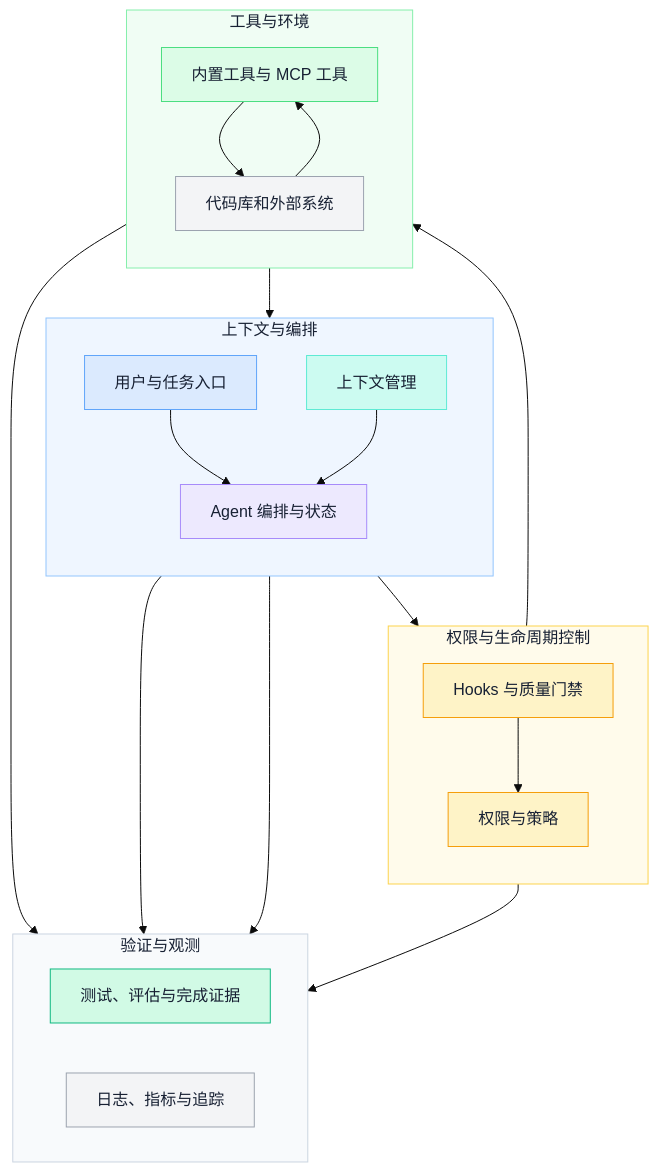
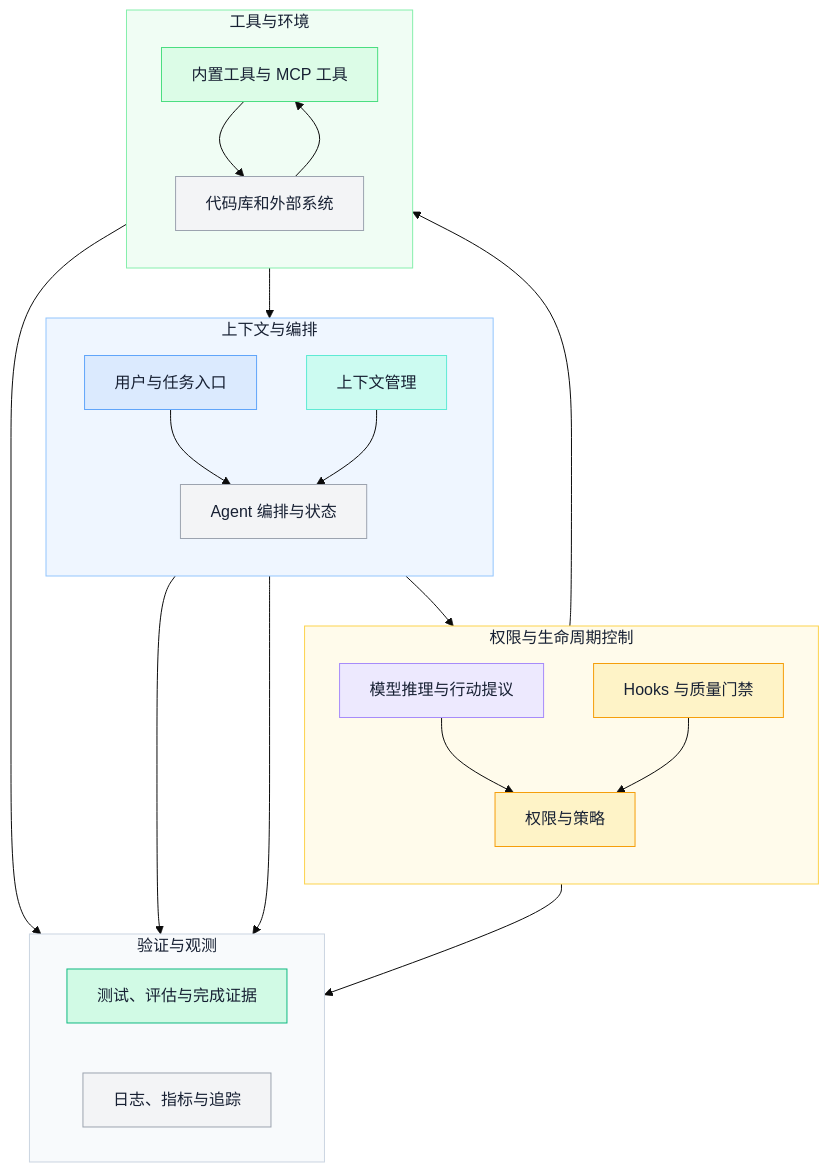
The third of 3 diagrams in backend/app/ai_notes/content/03-tools-and-frameworks/01-claude-code-architecture.md (ink-hz/AI-Agent-Platform), drawn with Mermaid (base theme) before and after one commit. The commit also changed 5 other files, not shown here.

Commit message:
docs: finalize AI notes diagram quality

````diff
--- a/backend/app/ai_notes/content/03-tools-and-frameworks/01-claude-code-architecture.md
+++ b/backend/app/ai_notes/content/03-tools-and-frameworks/01-claude-code-architecture.md
@@ -253,49 +253,51 @@
 ```mermaid
 flowchart TB
     subgraph CONTEXT["上下文与编排"]
         direction TB
         U[用户与任务入口] --> O[Agent 编排与状态]
         C[上下文管理] --> O
     end
     subgraph CONTROL["权限与生命周期控制"]
         direction TB
-        O --> P[权限与策略]
+        O --> M[模型推理与行动提议]
+        M --> P[权限与策略]
         H[Hooks 与质量门禁] --> P
     end
     subgraph CAPABILITY["工具与环境"]
         direction TB
         P --> T[内置工具与 MCP 工具]
         T --> E[代码库和外部系统]
         E --> T
         T --> O
     end
     subgraph EVIDENCE["验证与观测"]
         direction LR
         V[测试、评估与完成证据]
         B[日志、指标与追踪]
     end
 
     O --> V
     O --> B
     P --> B
     T --> B
 
     classDef input fill:#DBEAFE,stroke:#60A5FA,color:#172033;
     classDef model fill:#EDE9FE,stroke:#A78BFA,color:#172033;
     classDef data fill:#CCFBF1,stroke:#5EEAD4,color:#172033;
     classDef policy fill:#FEF3C7,stroke:#F59E0B,color:#172033;
     classDef tool fill:#DCFCE7,stroke:#4ADE80,color:#172033;
     classDef success fill:#D1FAE5,stroke:#10B981,color:#172033;
     classDef infra fill:#F3F4F6,stroke:#9CA3AF,color:#172033;
     class U input;
     class C data;
-    class O model;
+    class O infra;
+    class M model;
     class P,H policy;
     class T tool;
     class E,B infra;
     class V success;
     style CONTEXT fill:#EFF6FF,stroke:#93C5FD,color:#172033;
     style CONTROL fill:#FFFBEB,stroke:#FCD34D,color:#172033;
     style CAPABILITY fill:#F0FDF4,stroke:#86EFAC,color:#172033;
     style EVIDENCE fill:#F8FAFC,stroke:#CBD5E1,color:#172033;
 ```
````
